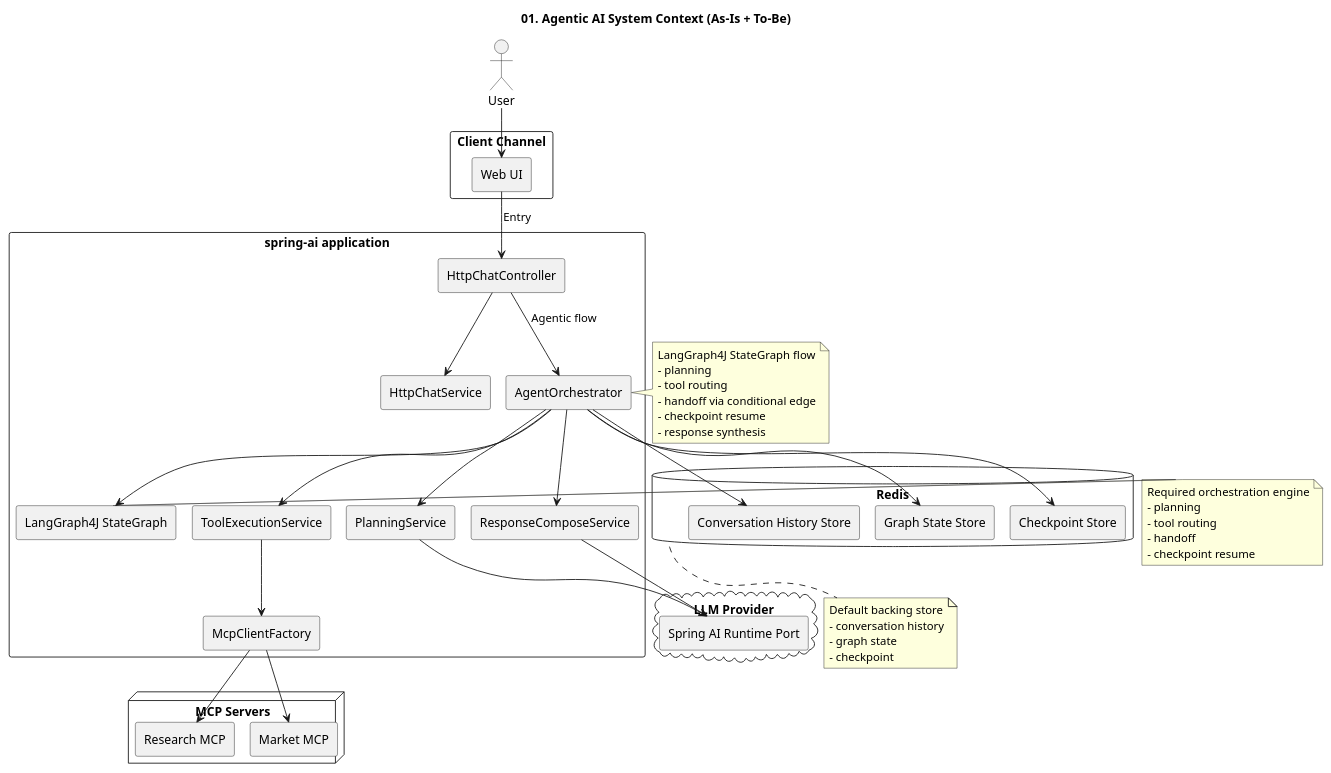
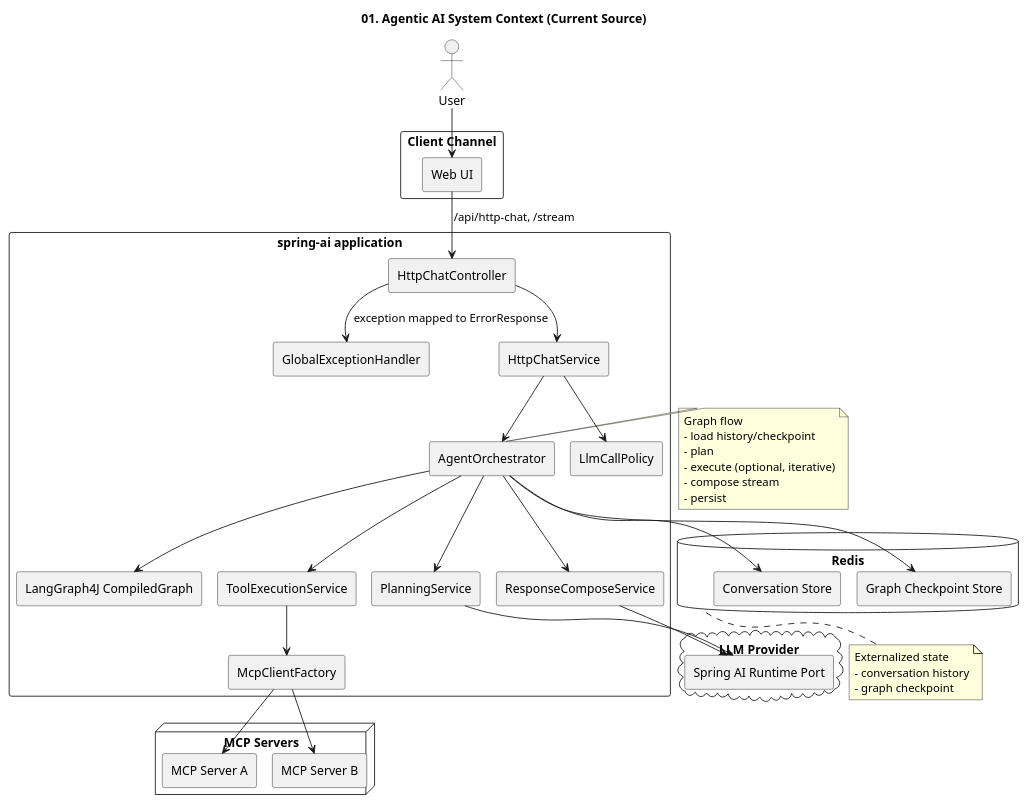
The diagram in documents/mcp-orchestrator-architecture/01-system-context.puml (kim57uak/spring-ai), drawn with PlantUML before and after one commit. The commit also changed 63 other files, not shown here.

Commit message:
Refactor agent architecture, exception layering, and docs sync

```diff
--- a/documents/mcp-orchestrator-architecture/01-system-context.puml
+++ b/documents/mcp-orchestrator-architecture/01-system-context.puml
@@ -1,81 +1,74 @@
 @startuml
 !pragma layout smetana
-title 01. Agentic AI System Context (As-Is + To-Be)
+title 01. Agentic AI System Context (Current Source)
 
 skinparam shadowing false
 skinparam componentStyle rectangle
 
 actor User
 
 rectangle "Client Channel" {
   [Web UI] as WebUi
 }
 
 rectangle "spring-ai application" {
-  [HttpChatController] as HttpChatController
-  [HttpChatService] as HttpChatService
-  [AgentOrchestrator] as AgentOrchestrator
-  [LangGraph4J StateGraph] as LangGraph4JStateGraph
+  [HttpChatController] as Controller
+  [GlobalExceptionHandler] as Advice
+  [HttpChatService] as ChatService
+  [AgentOrchestrator] as Orchestrator
+  [LangGraph4J CompiledGraph] as StateGraph
   [PlanningService] as PlanningService
   [ToolExecutionService] as ToolExecutionService
   [ResponseComposeService] as ResponseComposeService
   [McpClientFactory] as McpClientFactory
+  [LlmCallPolicy] as LlmPolicy
 }
 
 database "Redis" as Redis {
-  [Conversation History Store] as ConversationHistoryRedis
-  [Graph State Store] as GraphStateRedis
-  [Checkpoint Store] as CheckpointRedis
+  [Conversation Store] as ConversationStore
+  [Graph Checkpoint Store] as CheckpointStore
 }
 
 cloud "LLM Provider" {
   [Spring AI Runtime Port] as SpringAiRuntime
 }
 
 node "MCP Servers" {
-  [Research MCP] as ResearchMcp
-  [Market MCP] as MarketMcp
+  [MCP Server A] as McpA
+  [MCP Server B] as McpB
 }
 
 User --> WebUi
-WebUi --> HttpChatController : Entry
-HttpChatController --> HttpChatService
-HttpChatController --> AgentOrchestrator : Agentic flow
-AgentOrchestrator --> LangGraph4JStateGraph
-AgentOrchestrator --> PlanningService
-AgentOrchestrator --> ToolExecutionService
-AgentOrchestrator --> ResponseComposeService
-AgentOrchestrator --> ConversationHistoryRedis
-AgentOrchestrator --> GraphStateRedis
-AgentOrchestrator --> CheckpointRedis
+WebUi --> Controller : /api/http-chat, /stream
+Controller --> ChatService
+Controller --> Advice : exception mapped to ErrorResponse
+ChatService --> Orchestrator
+ChatService --> LlmPolicy
+Orchestrator --> StateGraph
+Orchestrator --> PlanningService
+Orchestrator --> ToolExecutionService
+Orchestrator --> ResponseComposeService
+Orchestrator --> ConversationStore
+Orchestrator --> CheckpointStore
 PlanningService --> SpringAiRuntime
 ResponseComposeService --> SpringAiRuntime
 ToolExecutionService --> McpClientFactory
-McpClientFactory --> ResearchMcp
-McpClientFactory --> MarketMcp
+McpClientFactory --> McpA
+McpClientFactory --> McpB
 
-note right of AgentOrchestrator
-LangGraph4J StateGraph flow
-- planning
-- tool routing
-- handoff via conditional edge
-- checkpoint resume
-- response synthesis
+note right of Orchestrator
+Graph flow
+- load history/checkpoint
+- plan
+- execute (optional, iterative)
+- compose stream
+- persist
 end note
 
 note bottom of Redis
-Default backing store
+Externalized state
 - conversation history
-- graph state
-- checkpoint
-end note
-
-note right of LangGraph4JStateGraph
-Required orchestration engine
-- planning
-- tool routing
-- handoff
-- checkpoint resume
+- graph checkpoint
 end note
 
 @enduml
```
